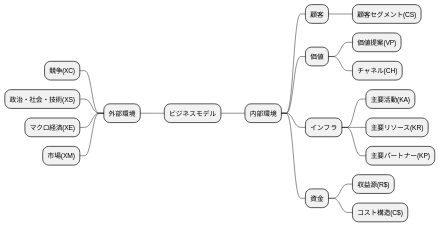
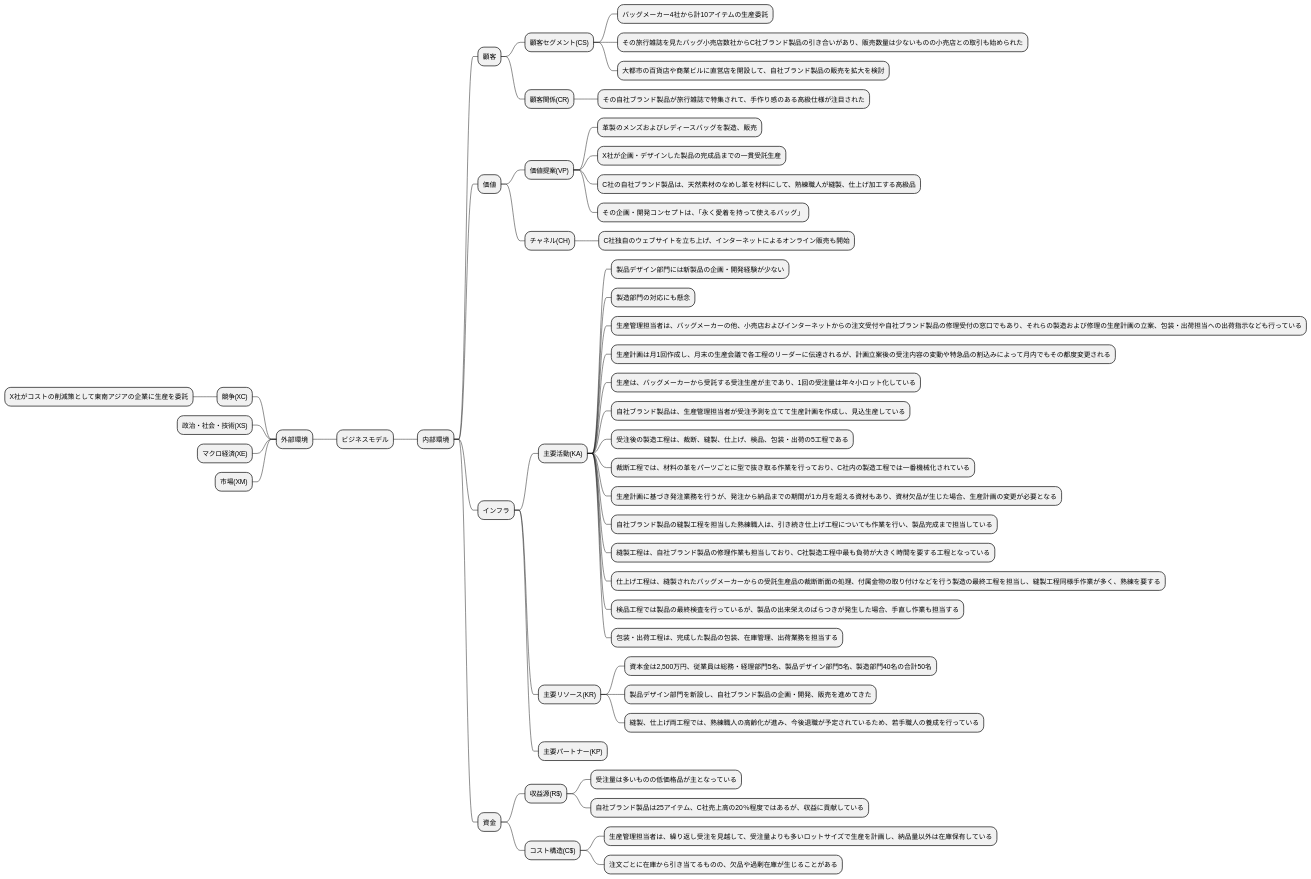
One commit to k2works/requirements_definition_excercise changed the second of 10 diagrams in docs/R03/study/study_3_take01.md. Above: the diagram before and after it, drawn with PlantUML. The commit also changed other lines of this file and 1 other file, not shown here.

````diff
--- a/docs/R03/study/study_3_take01.md
+++ b/docs/R03/study/study_3_take01.md
@@ -56,23 +60,55 @@
 ```plantuml
 @startmindmap
 * ビジネスモデル
 -- 外部環境
 --- 競争(XC)
+---- X社がコストの削減策として東南アジアの企業に生産を委託
 --- 政治・社会・技術(XS)
 --- マクロ経済(XE)
 --- 市場(XM)
 ** 内部環境
 *** 顧客
 **** 顧客セグメント(CS)
+***** バッグメーカー4社から計10アイテムの生産委託
+***** その旅行雑誌を見たバッグ小売店数社からC社ブランド製品の引き合いがあり、販売数量は少ないものの小売店との取引も始められた
+***** 大都市の百貨店や商業ビルに直営店を開設して、自社ブランド製品の販売を拡大を検討
+**** 顧客関係(CR)
+***** その自社ブランド製品が旅行雑誌で特集されて、手作り感のある高級仕様が注目された
 *** 価値
 **** 価値提案(VP)
+***** 革製のメンズおよびレディースバッグを製造、販売
+***** X社が企画・デザインした製品の完成品までの一貫受託生産
+***** C社の自社ブランド製品は、天然素材のなめし革を材料にして、熟練職人が縫製、仕上げ加工する高級品
+***** その企画・開発コンセプトは、「永く愛着を持って使えるバッグ」
 **** チャネル(CH)
+***** C社独自のウェブサイトを立ち上げ、インターネットによるオンライン販売も開始
 *** インフラ
 **** 主要活動(KA)
+***** 製品デザイン部門には新製品の企画・開発経験が少ない
+***** 製造部門の対応にも懸念
+***** 生産管理担当者は、バッグメーカーの他、小売店およびインターネットからの注文受付や自社ブランド製品の修理受付の窓口でもあり、それらの製造および修理の生産計画の立案、包装・出荷担当への出荷指示なども行っている
+***** 生産計画は月1回作成し、月末の生産会議で各工程のリーダーに伝達されるが、計画立案後の受注内容の変動や特急品の割込みによって月内でもその都度変更される
+***** 生産は、バッグメーカーから受託する受注生産が主であり、1回の受注量は年々小ロット化している
+***** 自社ブランド製品は、生産管理担当者が受注予測を立てて生産計画を作成し、見込生産している
+***** 受注後の製造工程は、裁断、縫製、仕上げ、検品、包装・出荷の5工程である
+***** 裁断工程では、材料の革をパーツごとに型で抜き取る作業を行っており、C社内の製造工程では一番機械化されている
+***** 生産計画に基づき発注業務を行うが、発注から納品までの期間が1カ月を超える資材もあり、資材欠品が生じた場合、生産計画の変更が必要となる
+***** 自社ブランド製品の縫製工程を担当した熟練職人は、引き続き仕上げ工程についても作業を行い、製品完成まで担当している
+***** 縫製工程は、自社ブランド製品の修理作業も担当しており、C社製造工程中最も負荷が大きく時間を要する工程となっている
+***** 仕上げ工程は、縫製されたバッグメーカーからの受託生産品の裁断断面の処理、付属金物の取り付けなどを行う製造の最終工程を担当し、縫製工程同様手作業が多く、熟練を要する
+***** 検品工程では製品の最終検査を行っているが、製品の出来栄えのばらつきが発生した場合、手直し作業も担当する
+***** 包装・出荷工程は、完成した製品の包装、在庫管理、出荷業務を担当する
 **** 主要リソース(KR)
+***** 資本金は2,500万円、従業員は総務・経理部門5名、製品デザイン部門5名、製造部門40名の合計50名
+***** 製品デザイン部門を新設し、自社ブランド製品の企画・開発、販売を進めてきた
+***** 縫製、仕上げ両工程では、熟練職人の高齢化が進み、今後退職が予定されているため、若手職人の養成を行っている
 **** 主要パートナー(KP)
 *** 資金
 **** 収益源(R$)
+***** 受注量は多いものの低価格品が主となっている
+***** 自社ブランド製品は25アイテム、C社売上高の20％程度ではあるが、収益に貢献している
 **** コスト構造(C$)
+***** 生産管理担当者は、繰り返し受注を見越して、受注量よりも多いロットサイズで生産を計画し、納品量以外は在庫保有している
+***** 注文ごとに在庫から引き当てるものの、欠品や過剰在庫が生じることがある
 @endmindmap
 ```
````
